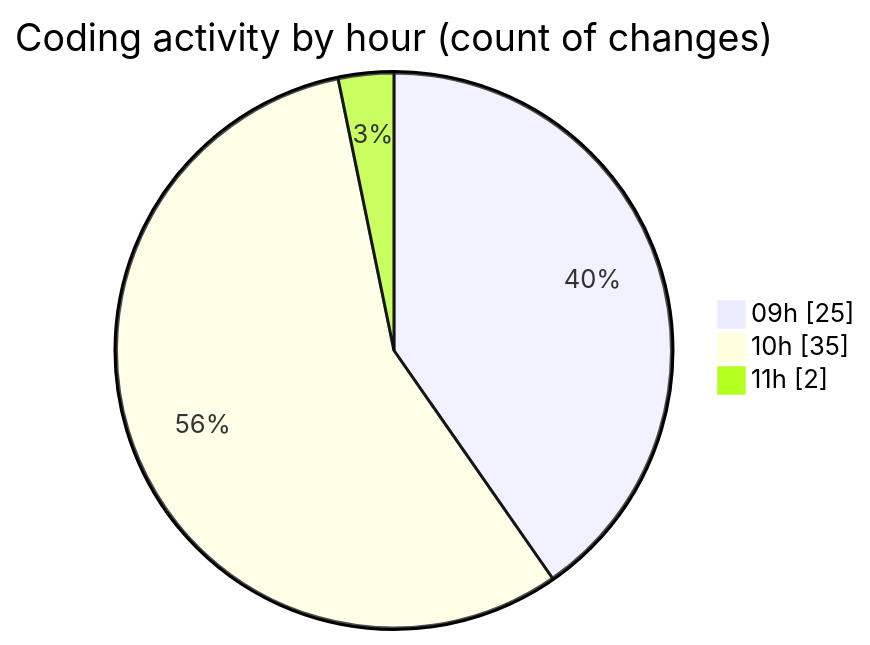
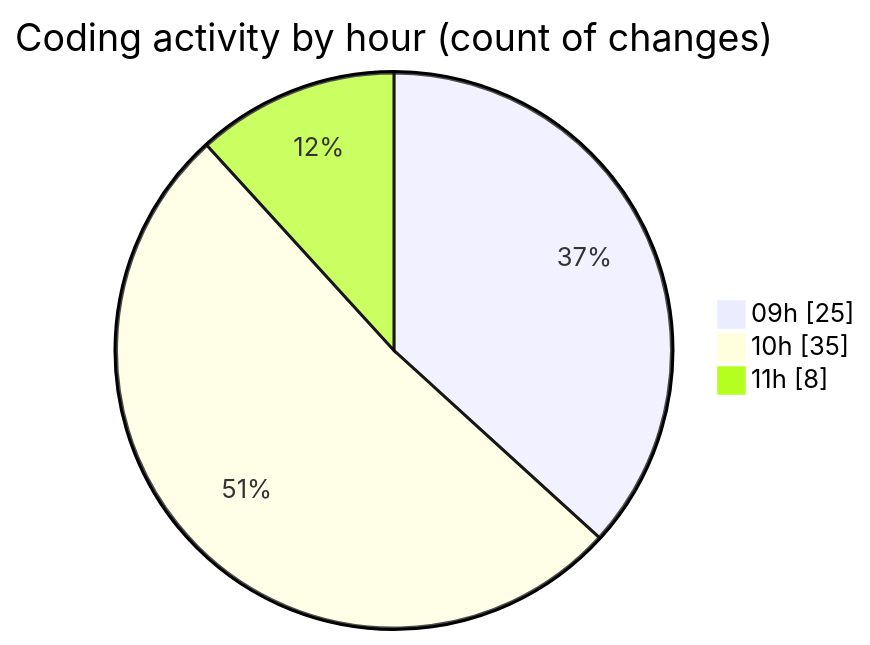
Before and after one commit to momahboobian/code-tracking: the second of 2 diagrams in 2025-08-22/cda/README.md, drawn with Mermaid. The commit also changed other lines of this file and 1 other file, not shown here.

````diff
--- a/2025-08-22/cda/README.md
+++ b/2025-08-22/cda/README.md
@@ -43,7 +43,7 @@
 ```mermaid
 pie showData
 title Coding activity by hour (count of changes)
 "09h" : 25
 "10h" : 35
-"11h" : 2
+"11h" : 8
 ```
````
